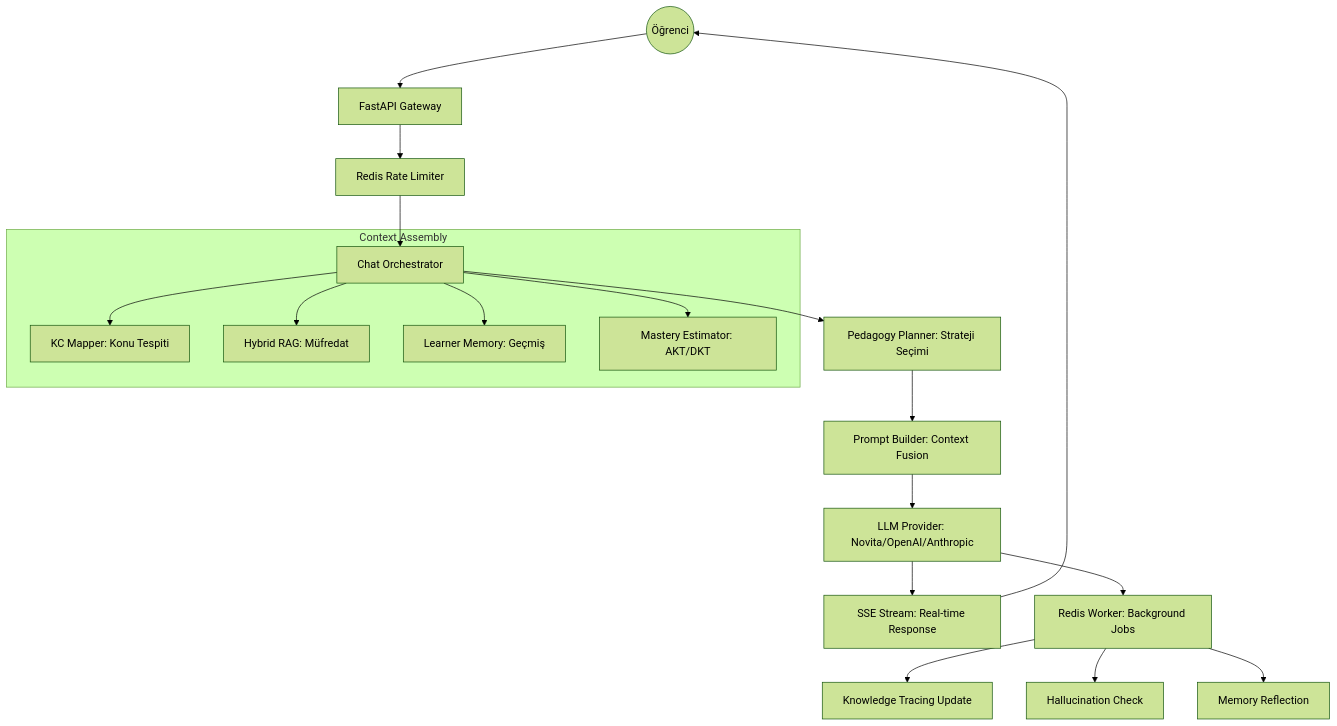
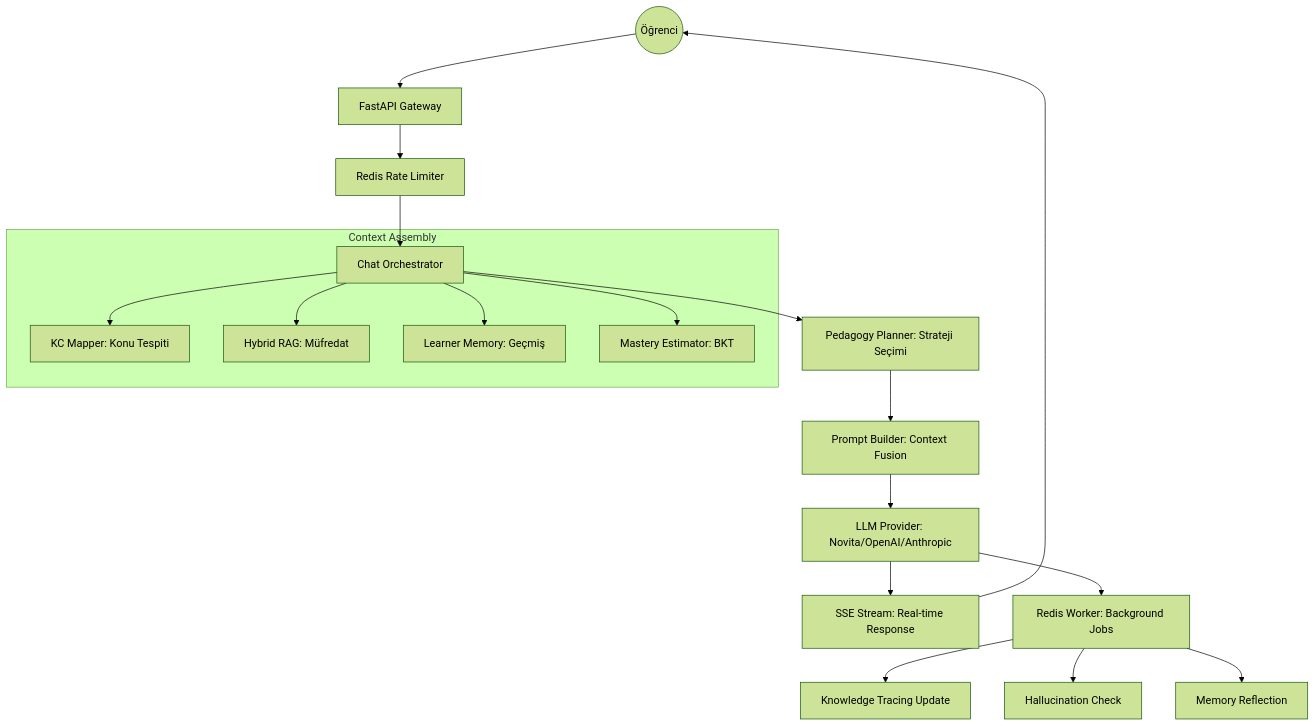
One commit to engincts/tutorial-bot changed the diagram in README.md. Above: the diagram before and after it, drawn with Mermaid (forest theme). The commit also changed other lines of this file and 12 other files, not shown here.

Commit message:
feat: implement AKT/BKT knowledge tracing models and asynchronous learner memory updating services

````diff
--- a/README.md
+++ b/README.md
@@ -17,25 +17,25 @@
 ```mermaid
 graph TD
     User((Öğrenci)) --> API[FastAPI Gateway]
     API --> RateLimit[Redis Rate Limiter]
     RateLimit --> Orchestrator[Chat Orchestrator]
     
     subgraph "Context Assembly"
         Orchestrator --> KCMapper[KC Mapper: Konu Tespiti]
         Orchestrator --> ContentRAG[Hybrid RAG: Müfredat]
         Orchestrator --> MemoryRAG[Learner Memory: Geçmiş]
-        Orchestrator --> Mastery[Mastery Estimator: AKT/DKT]
+        Orchestrator --> Mastery[Mastery Estimator: BKT]
     end
     
     Orchestrator --> Planner[Pedagogy Planner: Strateji Seçimi]
     Planner --> Prompt[Prompt Builder: Context Fusion]
     Prompt --> LLM[LLM Provider: Novita/OpenAI/Anthropic]
     
     LLM --> SSE[SSE Stream: Real-time Response]
     SSE --> User
     
     LLM --> Worker[Redis Worker: Background Jobs]
     Worker --> KT[Knowledge Tracing Update]
     Worker --> Hallucination[Hallucination Check]
     Worker --> Reflection[Memory Reflection]
 ```
````
